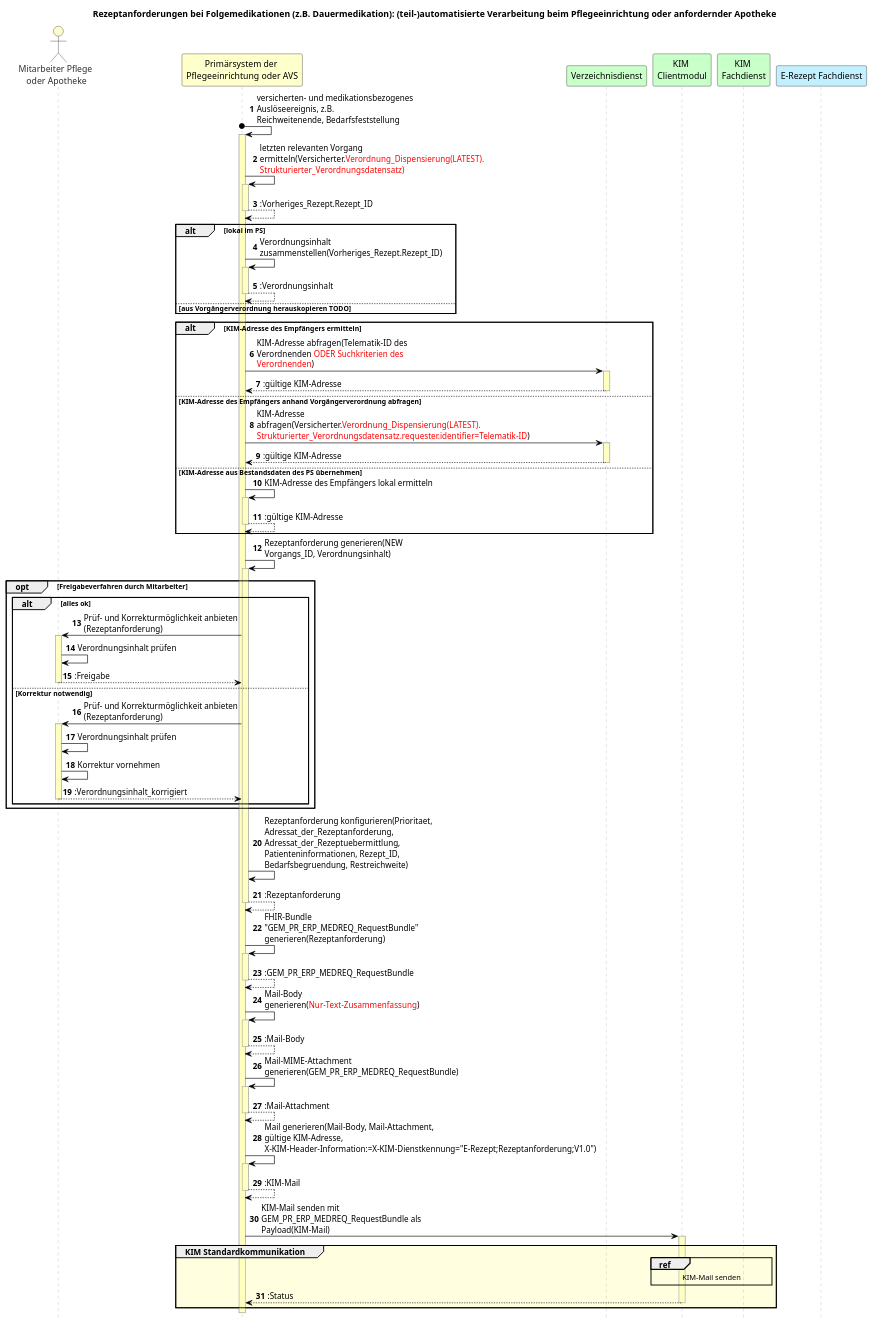
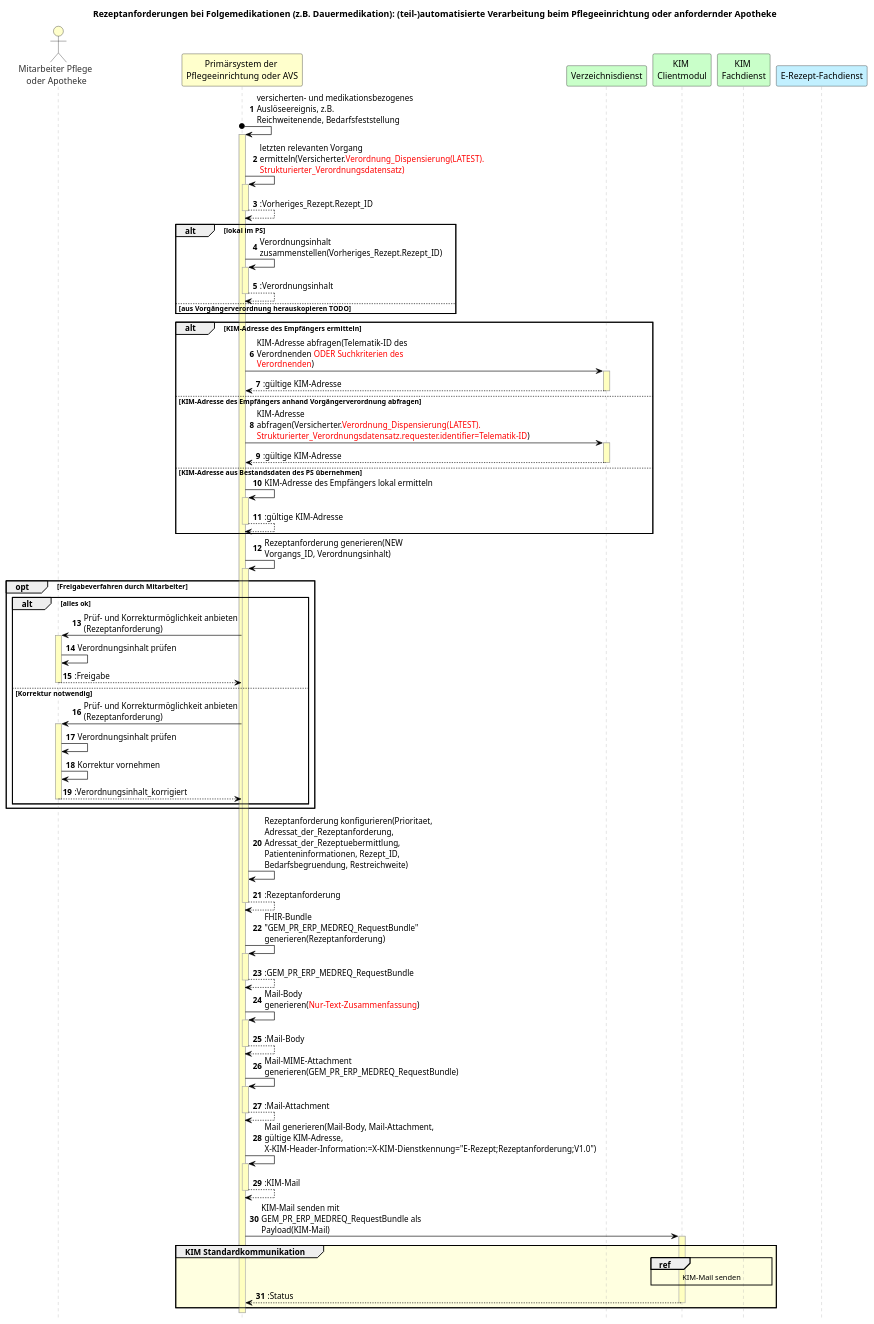
One commit to gematik/spec-E-Rezept-ServiceRequest changed the diagram in Resources/puml/old/rezeptanforderung-folgemedikation-pflegeeinrichtung.puml. Above: the diagram before and after it, drawn with PlantUML. The commit also changed 10 other files, not shown here.

Commit message:
Rename E-Rezept Fachdienst

```diff
--- a/Resources/puml/old/rezeptanforderung-folgemedikation-pflegeeinrichtung.puml
+++ b/Resources/puml/old/rezeptanforderung-folgemedikation-pflegeeinrichtung.puml
@@ -1,103 +1,103 @@
 @startuml
 
 skinparam sequence {
     ArrowColor black
     ActorBorderColor black
     LifeLineBorderColor darkgray
     LifeLineBackgroundColor #ffffc0
 
     ParticipantBorderColor black
     ParticipantBackgroundColor #ffffc0
     ParticipantFontName Arial
     ParticipantFontSize 14
     ParticipantFontColor black
 
     ActorBackgroundColor #ffffc0
     ActorFontColor #303030
     ActorFontSize 14
     ActorFontName Arial
 
     BoxBorderColor gray
 }
 
 skinparam maxMessageSize 300
 title Rezeptanforderungen bei Folgemedikationen (z.B. Dauermedikation): (teil-)automatisierte Verarbeitung beim Pflegeeinrichtung oder anfordernder Apotheke
 hide footbox
 autonumber
 
 actor "Mitarbeiter Pflege \noder Apotheke" as MA #BUSINESS
 participant "Primärsystem der \nPflegeeinrichtung oder AVS" as PS #BUSINESS
 participant "Verzeichnisdienst" as VZD #TECHNOLOGY
 participant "KIM \nClientmodul" as Kim_cm #TECHNOLOGY
 participant "KIM \nFachdienst" as Kim_fd #TECHNOLOGY
-participant "E-Rezept Fachdienst" as erpFD #APPLICATION
+participant "E-Rezept-Fachdienst" as erpFD #APPLICATION
 
 PS o-> PS: versicherten- und medikationsbezogenes Auslöseereignis, z.B. \nReichweitenende, Bedarfsfeststellung
 
 activate PS
 PS -> PS++: letzten relevanten Vorgang ermitteln(Versicherter.<font color=red>Verordnung_Dispensierung(LATEST). Strukturierter_Verordnungsdatensatz)
 return :Vorheriges_Rezept.Rezept_ID
 
 alt lokal im PS
     PS -> PS++: Verordnungsinhalt zusammenstellen(Vorheriges_Rezept.Rezept_ID)
     return :Verordnungsinhalt
 else aus Vorgängerverordnung herauskopieren TODO
 end
 
 
 alt KIM-Adresse des Empfängers ermitteln
     PS -> VZD++: KIM-Adresse abfragen(Telematik-ID des Verordnenden <font color=red>ODER Suchkriterien des Verordnenden</font>)
     return :gültige KIM-Adresse
 else KIM-Adresse des Empfängers anhand Vorgängerverordnung abfragen
     PS -> VZD++: KIM-Adresse abfragen(Versicherter.<font color=red>Verordnung_Dispensierung(LATEST). Strukturierter_Verordnungsdatensatz.requester.identifier=Telematik-ID</font>)
     return :gültige KIM-Adresse
 else KIM-Adresse aus Bestandsdaten des PS übernehmen
     PS -> PS++: KIM-Adresse des Empfängers lokal ermitteln
     return :gültige KIM-Adresse
-    
+
 end
 
 PS -> PS++: Rezeptanforderung generieren(NEW Vorgangs_ID, Verordnungsinhalt)
 
 opt Freigabeverfahren durch Mitarbeiter
     alt alles ok
         PS -> MA++: Prüf- und Korrekturmöglichkeit anbieten (Rezeptanforderung)
         MA -> MA: Verordnungsinhalt prüfen
         return :Freigabe
     else Korrektur notwendig
         PS -> MA++: Prüf- und Korrekturmöglichkeit anbieten (Rezeptanforderung)
         MA -> MA: Verordnungsinhalt prüfen
         MA -> MA: Korrektur vornehmen
         return :Verordnungsinhalt_korrigiert
-    end 
+    end
 end
 
 PS -> PS: Rezeptanforderung konfigurieren(Prioritaet, Adressat_der_Rezeptanforderung, Adressat_der_Rezeptuebermittlung, Patienteninformationen, Rezept_ID, Bedarfsbegruendung, Restreichweite)
 return :Rezeptanforderung
 
 
 
 PS -> PS++: FHIR-Bundle "GEM_PR_ERP_MEDREQ_RequestBundle" generieren(Rezeptanforderung)
 return :GEM_PR_ERP_MEDREQ_RequestBundle
 
 PS -> PS++: Mail-Body generieren(<font color=red>Nur-Text-Zusammenfassung</font>)
 return :Mail-Body
 PS -> PS++: Mail-MIME-Attachment generieren(GEM_PR_ERP_MEDREQ_RequestBundle)
 return :Mail-Attachment
 
 PS -> PS++: Mail generieren(Mail-Body, Mail-Attachment, gültige KIM-Adresse, X-KIM-Header-Information:=X-KIM-Dienstkennung="E-Rezept;Rezeptanforderung;V1.0")
 return :KIM-Mail
 
 PS -> Kim_cm++: KIM-Mail senden mit GEM_PR_ERP_MEDREQ_RequestBundle als Payload(KIM-Mail)
 
 group #LightYellow KIM Standardkommunikation
 ref over Kim_cm, Kim_fd #lightyellow
     KIM-Mail senden
 end ref
 
 return :Status
 end group
 
 
 
 @enduml
```
